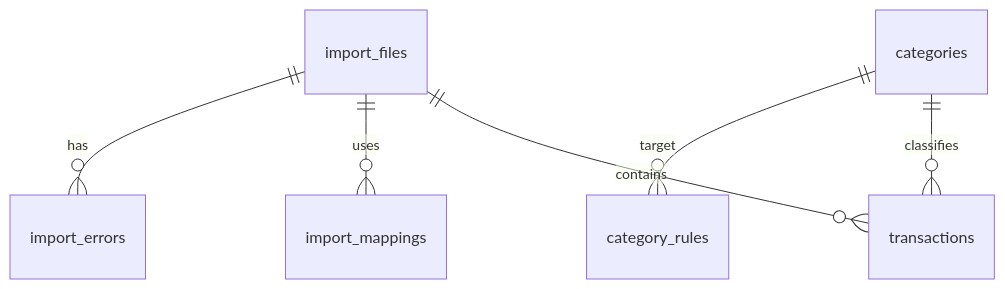
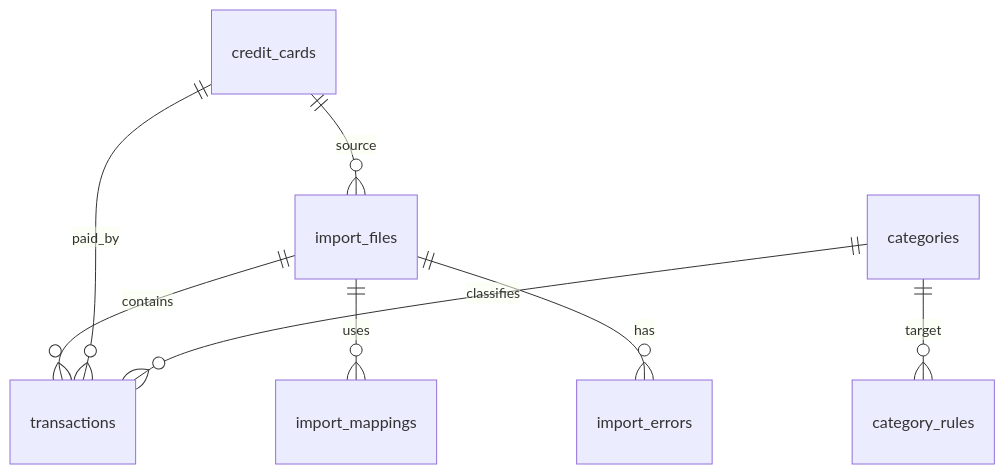
The third of 4 diagrams in overview-design.md (shikou0918/vpass-statement-analyzer), drawn with Mermaid before and after one commit. The commit also changed other lines of this file and 22 other files, not shown here.

````diff
--- a/overview-design.md
+++ b/overview-design.md
@@ -178,8 +180,10 @@
 ```mermaid
 erDiagram
   import_files ||--o{ transactions : contains
   import_files ||--o{ import_mappings : uses
   import_files ||--o{ import_errors : has
+  credit_cards ||--o{ import_files : source
+  credit_cards ||--o{ transactions : paid_by
   categories ||--o{ transactions : classifies
   categories ||--o{ category_rules : target
 ```
````
